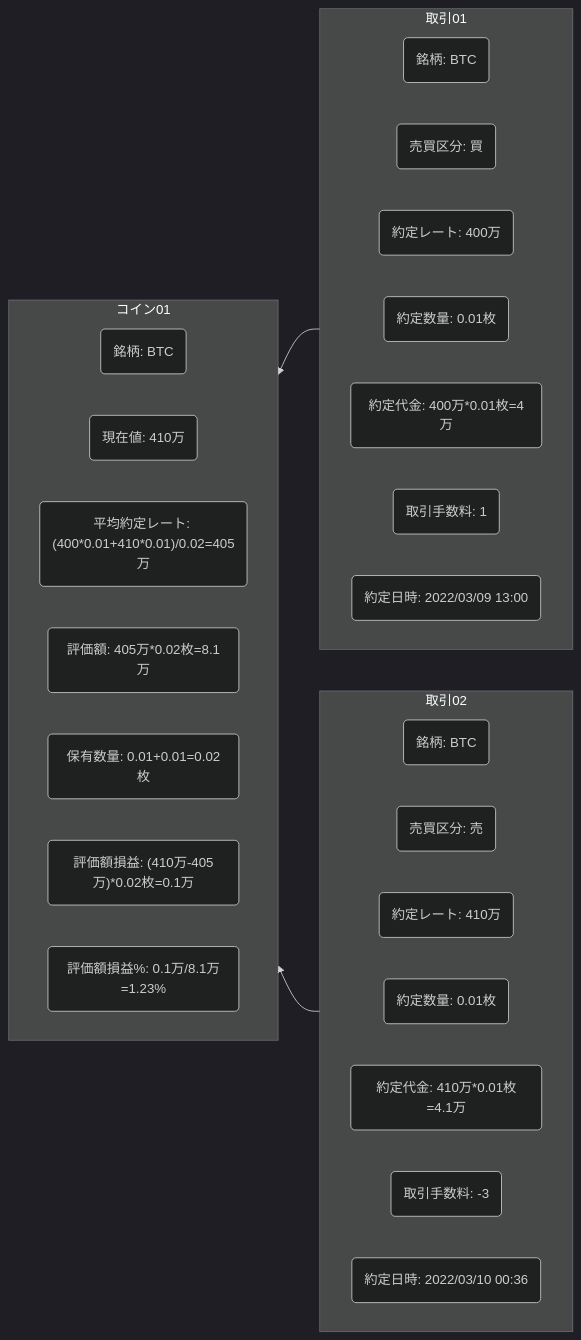
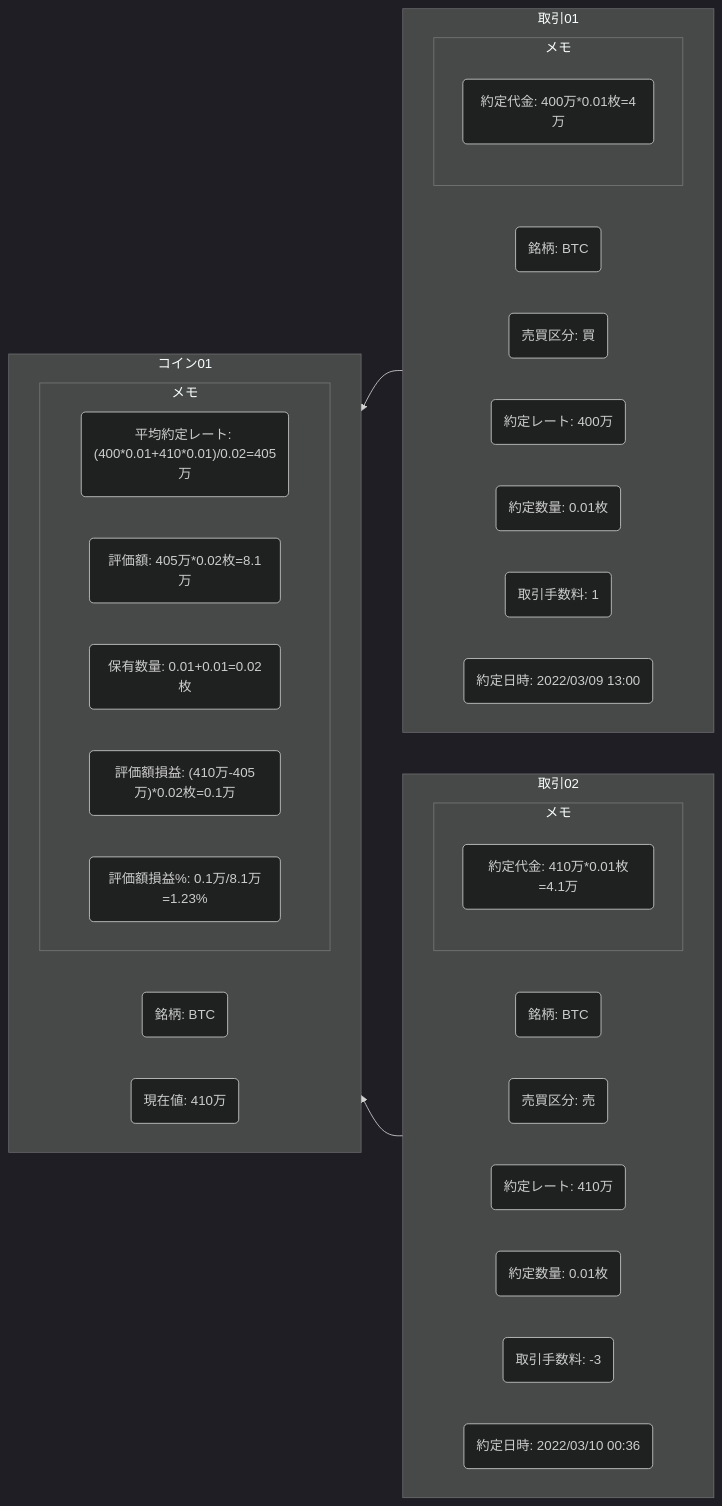
Before and after one commit to ozaki-physics/raison-me: the fourth of 9 diagrams in docs/capital/crypto-assets.md, drawn with Mermaid (dark theme). The commit also changed other lines of this file and 2 other files, not shown here.

Commit message:
docs: 暗号資産の価格管理 のクラス図みたいなものを作ってみる #4

````diff
--- a/docs/capital/crypto-assets.md
+++ b/docs/capital/crypto-assets.md
@@ -76,36 +85,44 @@
 ```mermaid
 flowchart RL
   transaction01 --> coin01
   transaction02 --> coin01
 
   subgraph coin01 [コイン01]
     direction LR
-    name_coin(銘柄: BTC)
-    price_now(現在値: 410万)
-    get_price_average("平均約定レート: (400*0.01+410*0.01)/0.02=405万")
-    price_btc(評価額: 405万*0.02枚=8.1万)
-    mai_all(保有数量: 0.01+0.01=0.02枚)
-    gain("評価額損益: (410万-405万)*0.02枚=0.1万")
-    gain_percent(評価額損益%: 0.1万/8.1万=1.23%)
+    coin01_symbol(銘柄: BTC)
+    coin01_bid(現在値: 410万)
+
+    subgraph coin01_memo [メモ]
+      direction LR
+      get_price_average("平均約定レート: (400*0.01+410*0.01)/0.02=405万")
+      price_btc(評価額: 405万*0.02枚=8.1万)
+      mai_all(保有数量: 0.01+0.01=0.02枚)
+      gain("評価額損益: (410万-405万)*0.02枚=0.1万")
+      gain_percent(評価額損益%: 0.1万/8.1万=1.23%)
+    end
   end
   subgraph transaction01 [取引01]
     direction LR
-    name_transaction01(銘柄: BTC)
-    side_transaction01(売買区分: 買)
-    get_price_transaction01(約定レート: 400万)
-    mai_transaction01(約定数量: 0.01枚)
-    price_transaction01(約定代金: 400万*0.01枚=4万)
-    fee_transaction01(取引手数料: 1)
-    time_transaction01(約定日時: 2022/03/09 13:00)
+    transaction01_symbol(銘柄: BTC)
+    transaction01_side(売買区分: 買)
+    transaction01_price_rate(約定レート: 400万)
+    transaction01_size(約定数量: 0.01枚)
+    transaction01_fee(取引手数料: 1)
+    transaction01_time(約定日時: 2022/03/09 13:00)
+    subgraph transaction01_memo [メモ]
+      transaction01_price(約定代金: 400万*0.01枚=4万)
+    end
   end
   subgraph transaction02 [取引02]
     direction LR
-    name_transaction02(銘柄: BTC)
-    side_transaction02(売買区分: 売)
-    get_price_transaction02(約定レート: 410万)
-    mai_transaction02(約定数量: 0.01枚)
-    price_transaction02(約定代金: 410万*0.01枚=4.1万)
-    fee_transaction02(取引手数料: -3)
-    time_transaction02(約定日時: 2022/03/10 00:36)
+    transaction02_symbol(銘柄: BTC)
+    transaction02_side(売買区分: 売)
+    transaction02_price_rate(約定レート: 410万)
+    transaction02_size(約定数量: 0.01枚)
+    transaction02_fee(取引手数料: -3)
+    transaction02_time(約定日時: 2022/03/10 00:36)
+    subgraph transaction02_memo [メモ]
+      transaction02_price(約定代金: 410万*0.01枚=4.1万)
+    end
   end
 ```
````
